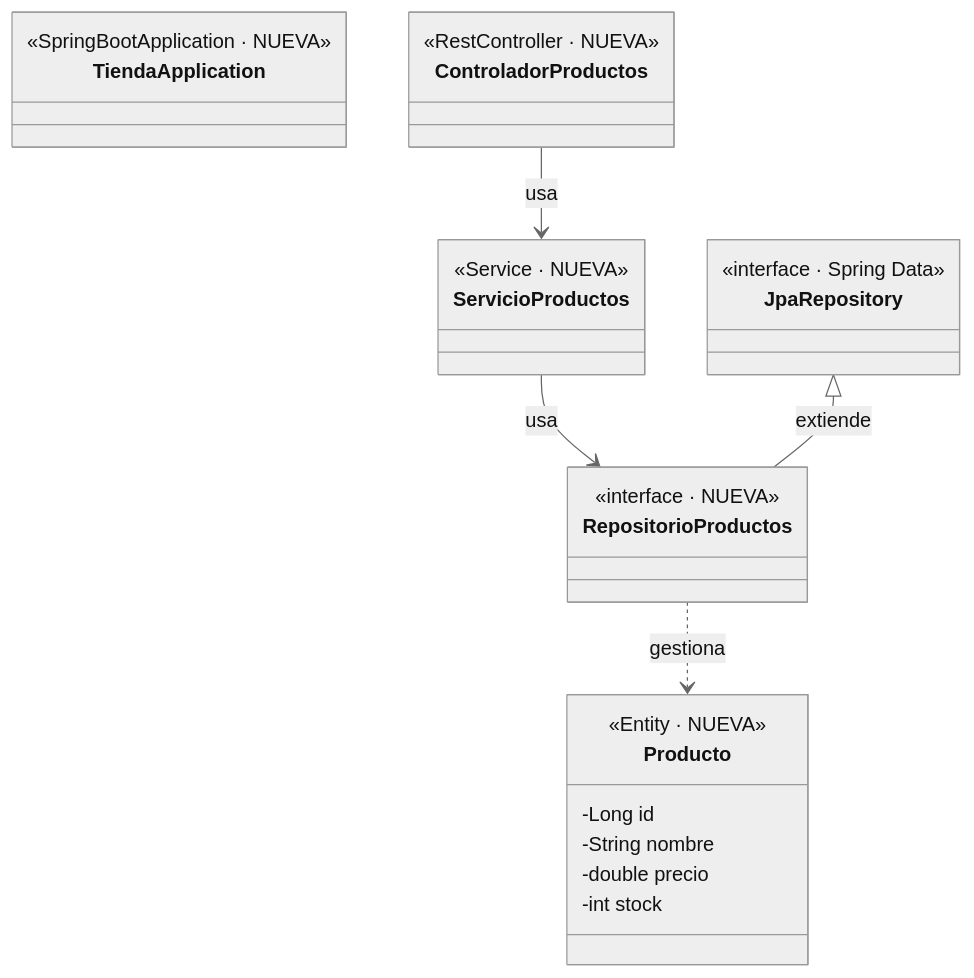
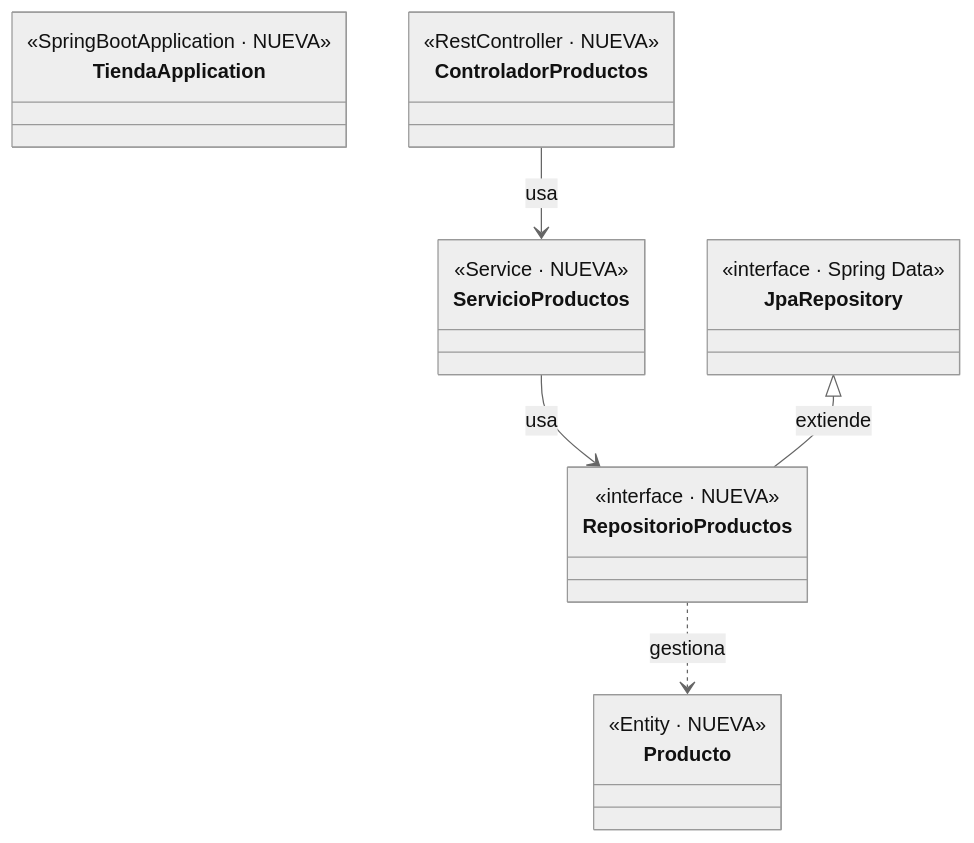
Before and after one commit to crodrigr/skill-spring-boot: the diagram in generador-cursos/curso-spring-boot/guias/modulo-03-04/02-guia-tienda-1-crud-productos.md, drawn with Mermaid (neutral theme). The commit also changed other lines of this file and 2 other files, not shown here.

````diff
--- a/generador-cursos/curso-spring-boot/guias/modulo-03-04/02-guia-tienda-1-crud-productos.md
+++ b/generador-cursos/curso-spring-boot/guias/modulo-03-04/02-guia-tienda-1-crud-productos.md
@@ -20,31 +20,27 @@
 ```mermaid
 classDiagram
     direction TB
     class TiendaApplication {
         <<SpringBootApplication · NUEVA>>
     }
     class ControladorProductos {
         <<RestController · NUEVA>>
     }
     class ServicioProductos {
         <<Service · NUEVA>>
     }
     class RepositorioProductos {
         <<interface · NUEVA>>
     }
     class JpaRepository {
         <<interface · Spring Data>>
     }
     class Producto {
         <<Entity · NUEVA>>
-        -Long id
-        -String nombre
-        -double precio
-        -int stock
     }
 
     ControladorProductos --> ServicioProductos : usa
     ServicioProductos --> RepositorioProductos : usa
     JpaRepository <|-- RepositorioProductos : extiende
     RepositorioProductos ..> Producto : gestiona
 ```
````
